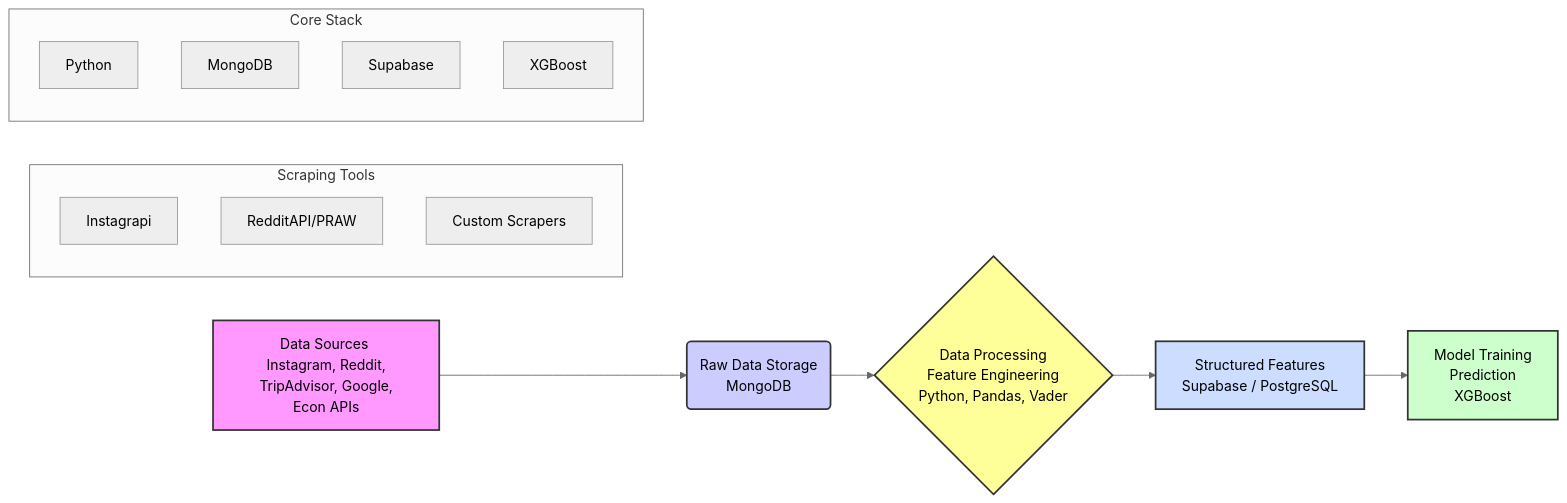
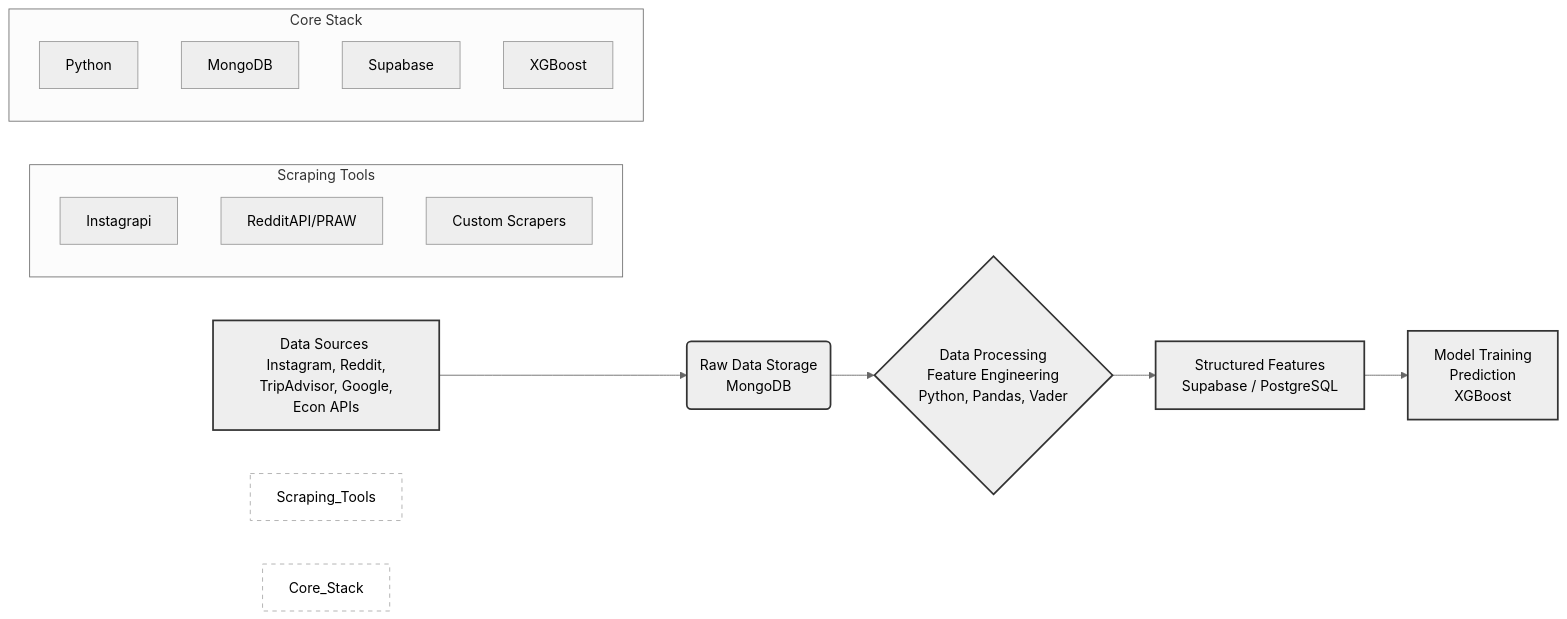
Before and after one commit to bt4301-group-8/tourism-consultancy: the diagram in README.md, drawn with Mermaid (neutral theme). The commit also changed other lines of this file, not shown here.

````diff
--- a/README.md
+++ b/README.md
@@ -31,27 +31,30 @@
 ```mermaid
 graph LR
     A[Data Sources <br/> Instagram, Reddit, <br/> TripAdvisor, Google, Econ APIs] --> B(Raw Data Storage <br/> MongoDB);
     B --> C{Data Processing <br/> Feature Engineering <br/> Python, Pandas, Vader};
     C --> D[Structured Features <br/> Supabase / PostgreSQL];
     D --> E[Model Training <br/> Prediction <br/> XGBoost];
 
     subgraph Scraping Tools
         S1[Instagrapi]
         S2[RedditAPI/PRAW]
         S3[Custom Scrapers]
     end
 
     subgraph Core Stack
         P[Python]
         MDB[MongoDB]
         SB[Supabase]
         XG[XGBoost]
     end
+    
+    style A fill:#lightblue,stroke:#333,stroke-width:2px,color:#000
+    style B fill:#lightgreen,stroke:#333,stroke-width:2px,color:#000
+    style C fill:#lightyellow,stroke:#333,stroke-width:2px,color:#000
+    style D fill:#lightcyan,stroke:#333,stroke-width:2px,color:#000
+    style E fill:#lavender,stroke:#333,stroke-width:2px,color:#000
 
-    style A fill:#f9f,stroke:#333,stroke-width:2px
-    style B fill:#ccf,stroke:#333,stroke-width:2px
-    style C fill:#ff9,stroke:#333,stroke-width:2px
-    style D fill:#cdf,stroke:#333,stroke-width:2px
-    style E fill:#cfc,stroke:#333,stroke-width:2px
-
+    %% Optional: Style subgraph borders if needed
+    style Scraping_Tools fill:none,stroke:#aaa,stroke-dasharray: 5 5
+    style Core_Stack fill:none,stroke:#aaa,stroke-dasharray: 5 5
 ```
````
